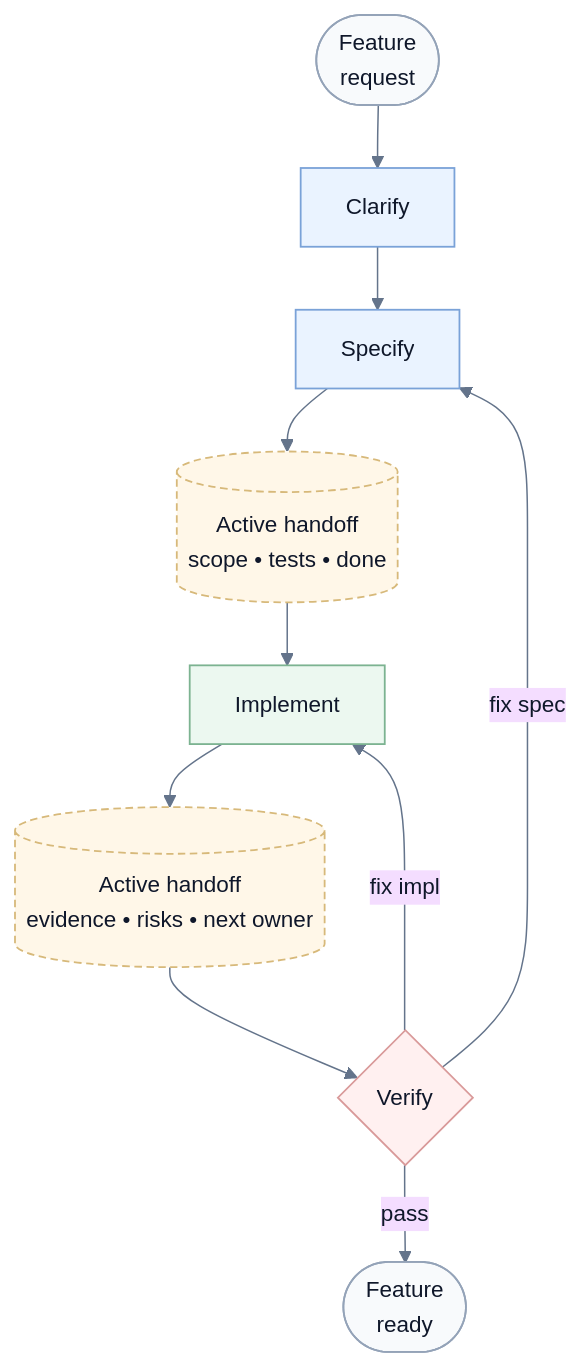
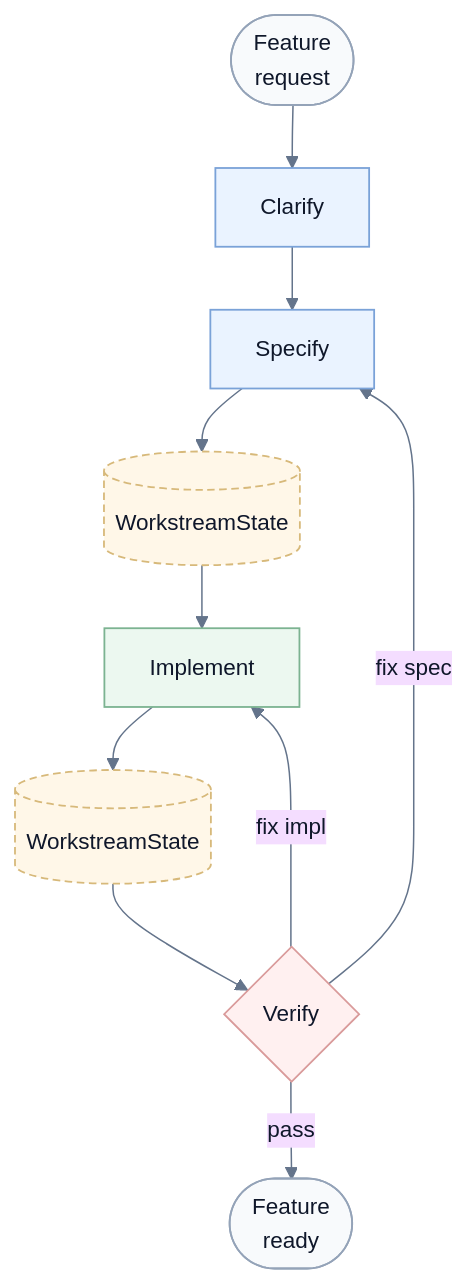
One commit to EvMossan/devs changed the diagram in README.md. Above: the diagram before and after it, drawn with Mermaid. The commit also changed other lines of this file and 6 other files, not shown here.

````diff
--- a/README.md
+++ b/README.md
@@ -20,41 +20,41 @@
 ```mermaid
 %%{init: {
   "theme": "base",
   "flowchart": {
     "curve": "basis",
     "nodeSpacing": 40,
     "rankSpacing": 42
   },
   "themeVariables": {
     "fontFamily": "Inter, Segoe UI, Arial, sans-serif",
     "fontSize": "15px",
     "primaryTextColor": "#0f172a",
     "lineColor": "#64748b"
   }
 }}%%
 flowchart TD
     A(["Feature<br/>request"]) --> B["Clarify"]
     B --> C["Specify"]
 
-    C --> H1[("Active handoff<br/>scope • tests • done")]
+    C --> H1[("WorkstreamState")]
     H1 --> D["Implement"]
 
-    D --> H2[("Active handoff<br/>evidence • risks • next owner")]
+    D --> H2[("WorkstreamState")]
     H2 --> E{"Verify"}
 
     E -->|"pass"| F(["Feature<br/>ready"])
     E -->|"fix spec"| C
     E -->|"fix impl"| D
 
     classDef startend fill:#f8fafc,stroke:#94a3b8,color:#0f172a,stroke-width:1.2px;
     classDef spec fill:#eaf3ff,stroke:#7aa2d8,color:#0f172a,stroke-width:1.2px;
     classDef build fill:#ecf8f0,stroke:#7cb391,color:#0f172a,stroke-width:1.2px;
     classDef verify fill:#fff0f0,stroke:#d99a9a,color:#0f172a,stroke-width:1.2px;
     classDef memory fill:#fff7e8,stroke:#d7b97a,color:#0f172a,stroke-width:1.2px,stroke-dasharray: 5 3;
 
     class A,F startend;
     class B,C spec;
     class D build;
     class E verify;
     class H1,H2 memory;
 ```
````
